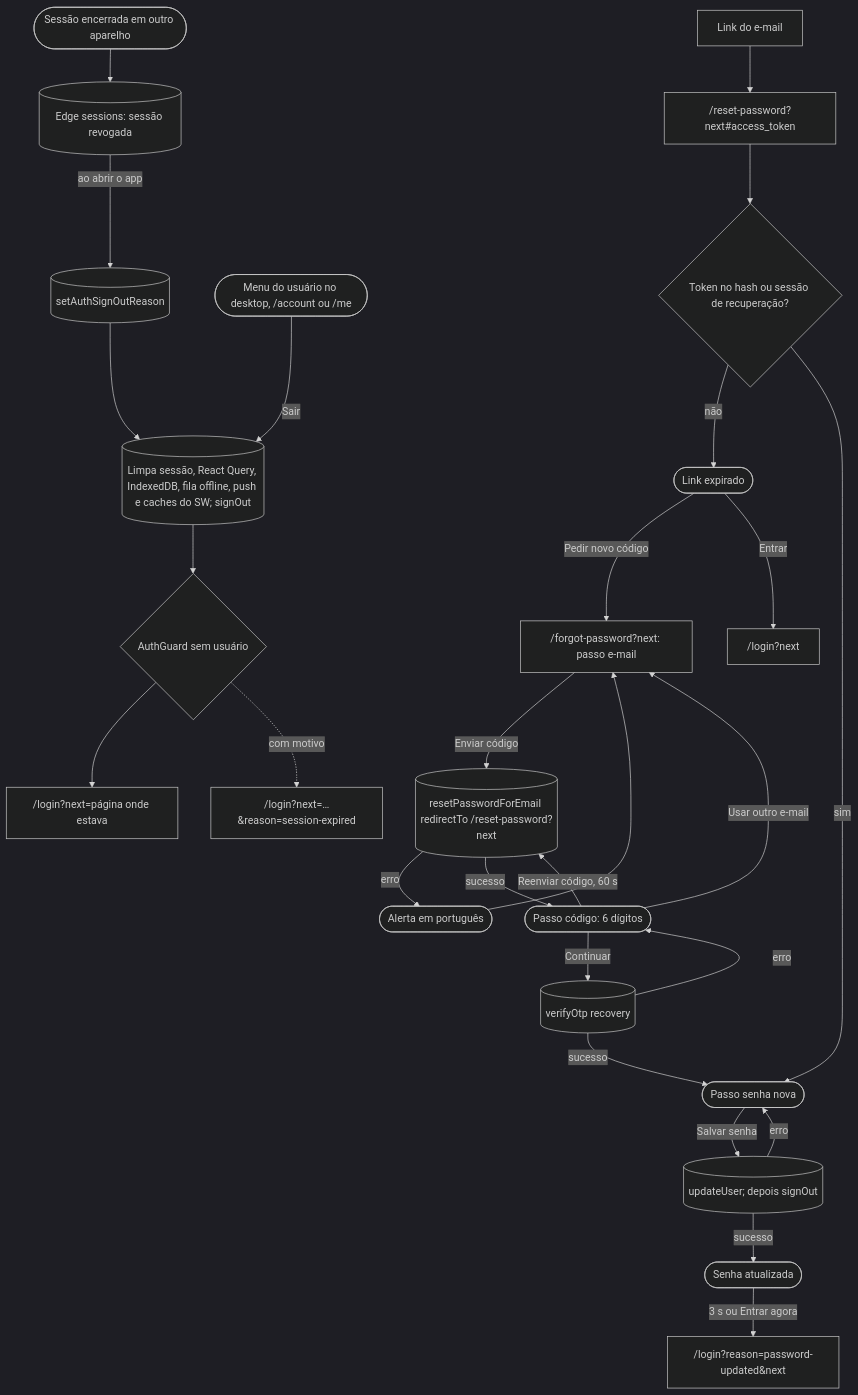
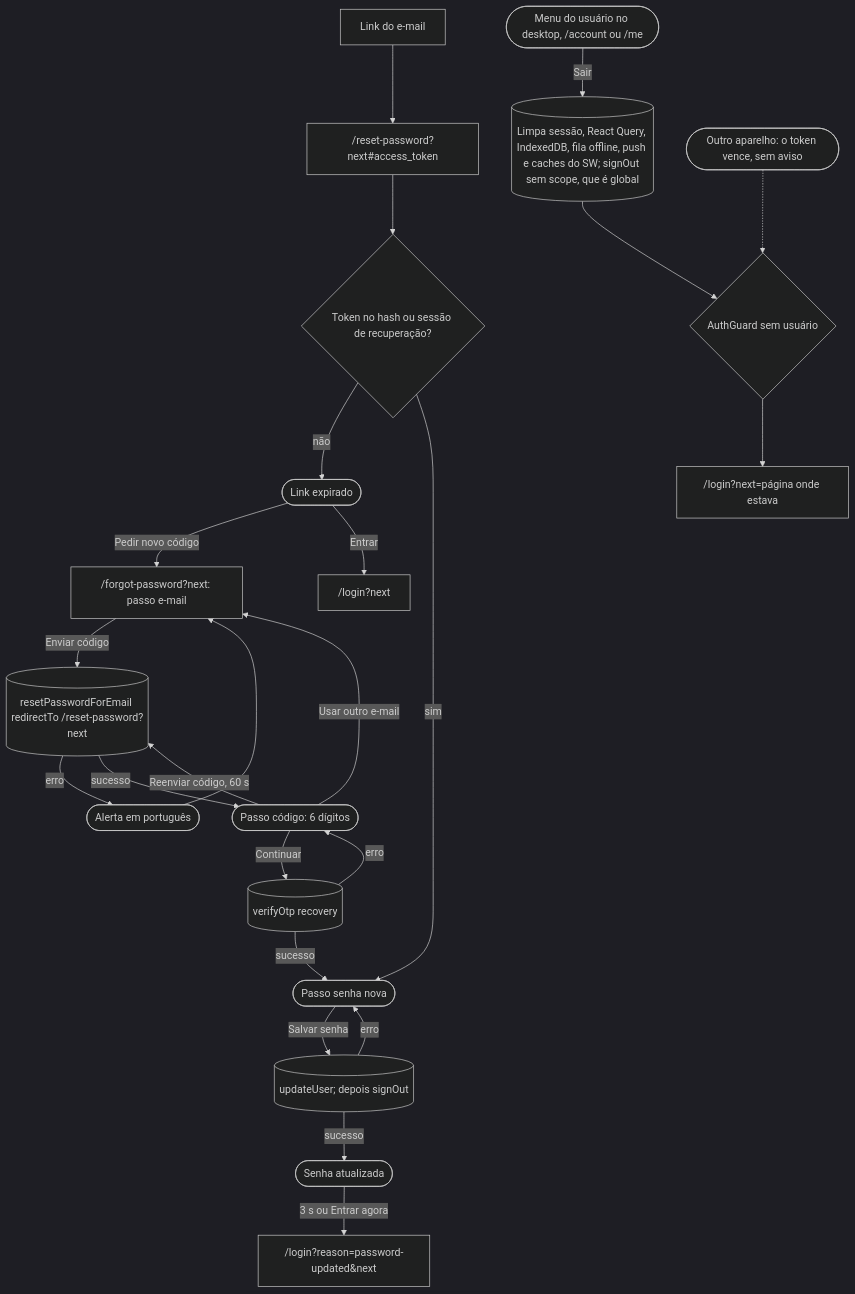
Before and after one commit to kauax2000/finance_app: the third of 31 diagrams in docs/JORNADAS.md, drawn with Mermaid. The commit also changed other lines of this file and 71 other files, not shown here.

````diff
--- a/docs/JORNADAS.md
+++ b/docs/JORNADAS.md
@@ -240,30 +239,28 @@
 ```mermaid
 %%{init: {"theme": "dark"}}%%
 flowchart TD
     forgot["/forgot-password?next: passo e-mail"] -->|"Enviar código"| resetMail[("resetPasswordForEmail redirectTo /reset-password?next")]
     resetMail -->|"erro"| forgotErr(["Alerta em português"]) --> forgot
     resetMail -->|"sucesso"| code(["Passo código: 6 dígitos"])
     code -->|"Usar outro e-mail"| forgot
     code -->|"Reenviar código, 60 s"| resetMail
     code -->|"Continuar"| verify[("verifyOtp recovery")]
     verify -->|"erro"| code
     verify -->|"sucesso"| newPass(["Passo senha nova"])
     newPass -->|"Salvar senha"| update[("updateUser; depois signOut")]
     update -->|"erro"| newPass
     update -->|"sucesso"| done(["Senha atualizada"]) -->|"3 s ou Entrar agora"| loginPwd["/login?reason=password-updated&next"]
 
     mailLink["Link do e-mail"] --> reset["/reset-password?next#access_token"]
     reset --> token{"Token no hash ou sessão de recuperação?"}
     token -->|"não"| expired(["Link expirado"])
     expired -->|"Pedir novo código"| forgot
     expired -->|"Entrar"| loginPlain["/login?next"]
     token -->|"sim"| newPass
 
-    menus(["Menu do usuário no desktop, /account ou /me"]) -->|"Sair"| signout[("Limpa sessão, React Query, IndexedDB, fila offline, push e caches do SW; signOut")]
+    menus(["Menu do usuário no desktop, /account ou /me"]) -->|"Sair"| signout[("Limpa sessão, React Query, IndexedDB, fila offline, push e caches do SW; signOut sem scope, que é global")]
     signout --> guardOut{"AuthGuard sem usuário"}
     guardOut --> loginNext["/login?next=página onde estava"]
 
-    other(["Sessão encerrada em outro aparelho"]) --> check[("Edge sessions: sessão revogada")]
-    check -->|"ao abrir o app"| reason[("setAuthSignOutReason")] --> signout
-    guardOut -.->|"com motivo"| loginReason["/login?next=…&reason=session-expired"]
+    other(["Outro aparelho: o token vence, sem aviso"]) -.-> guardOut
 ```
````
